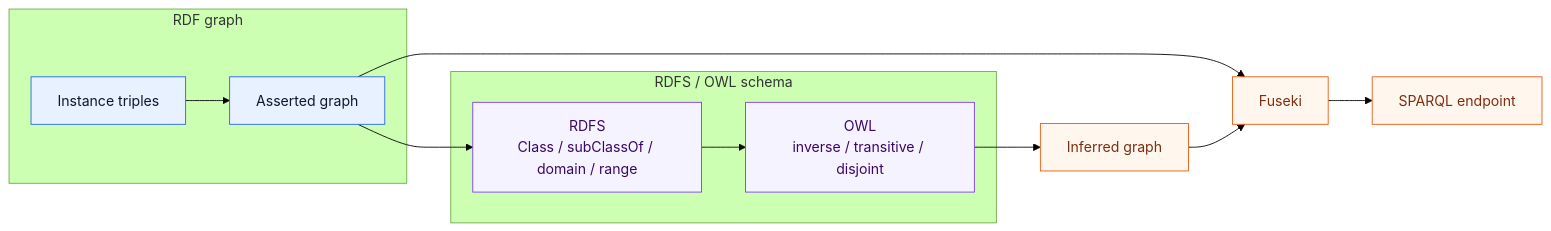
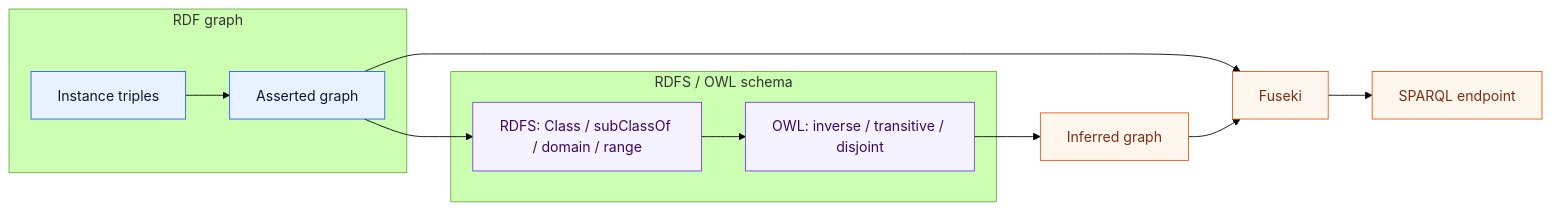
The fifth of 10 diagrams in PROJECT_SPEC.md (sutobode/Semanticweb), drawn with Mermaid (forest theme) before and after one commit. The commit also changed other lines of this file, not shown here.

````diff
--- a/PROJECT_SPEC.md
+++ b/PROJECT_SPEC.md
@@ -1304,30 +1346,28 @@
 ```mermaid
 flowchart LR
     classDef data fill:#E8F1FF,stroke:#2563EB,color:#0F172A
     classDef schema fill:#F5F3FF,stroke:#7C3AED,color:#3B0764
     classDef store fill:#FFF7ED,stroke:#EA580C,color:#7C2D12
 
     subgraph RDFGRAPH["RDF graph"]
         TRIPLE["Instance triples"]
         ASSERTED["Asserted graph"]
     end
     subgraph SCHEMA["RDFS / OWL schema"]
-        RDFS["RDFS
-Class / subClassOf / domain / range"]
-        OWL["OWL
-inverse / transitive / disjoint"]
+        RDFS["RDFS: Class / subClassOf / domain / range"]
+        OWL["OWL: inverse / transitive / disjoint"]
     end
     INFERRED["Inferred graph"]
     FUSEKI["Fuseki"]
     QUERY["SPARQL endpoint"]
 
     TRIPLE --> ASSERTED
     ASSERTED --> RDFS --> OWL --> INFERRED
     ASSERTED --> FUSEKI
     INFERRED --> FUSEKI
     FUSEKI --> QUERY
 
     class TRIPLE,ASSERTED data
     class RDFS,OWL schema
     class INFERRED,FUSEKI,QUERY store
 ```
````
